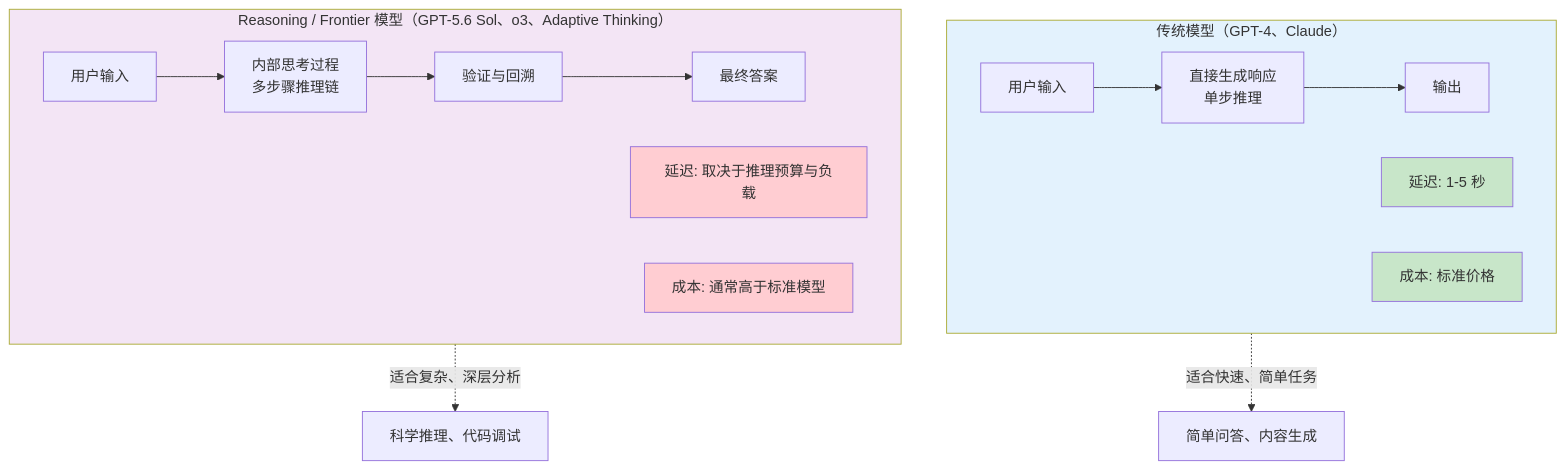
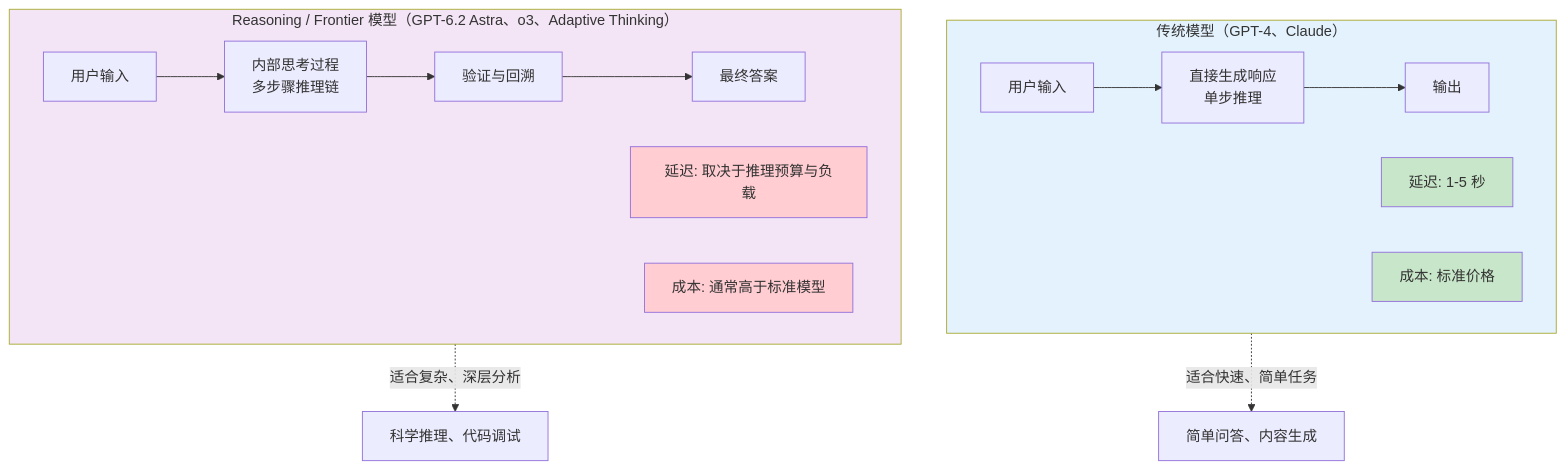
The first of 4 diagrams in 06_chain_of_thought/6.6_reasoning_decision_framework.md (yeasy/prompt_engineering_guide), drawn with Mermaid before and after one commit. The commit also changed other lines of this file and 27 other files, not shown here.

````diff
--- a/06_chain_of_thought/6.6_reasoning_decision_framework.md
+++ b/06_chain_of_thought/6.6_reasoning_decision_framework.md
@@ -15,38 +15,38 @@
 ```mermaid
 graph TB
     subgraph Traditional["传统模型（GPT-4、Claude）"]
         Input1["用户输入"]
         Process1["直接生成响应<br/>单步推理"]
         Output1["输出"]
 
         Input1 --> Process1
         Process1 --> Output1
 
         Latency1["延迟: 1-5 秒"]
         Cost1["成本: 标准价格"]
     end
 
-    subgraph Reasoning["Reasoning / Frontier 模型（GPT-5.6 Sol、o3、Adaptive Thinking）"]
+    subgraph Reasoning["Reasoning / Frontier 模型（GPT-6.2 Astra、o3、Adaptive Thinking）"]
         Input2["用户输入"]
         Thinking["内部思考过程<br/>多步骤推理链"]
         Verification["验证与回溯"]
         Output2["最终答案"]
 
         Input2 --> Thinking
         Thinking --> Verification
         Verification --> Output2
 
         Latency2["延迟: 取决于推理预算与负载"]
         Cost2["成本: 通常高于标准模型"]
     end
 
     Traditional -.->|适合快速、简单任务| Use1["简单问答、内容生成"]
     Reasoning -.->|适合复杂、深层分析| Use2["科学推理、代码调试"]
 
     style Traditional fill:#e3f2fd
     style Reasoning fill:#f3e5f5
     style Latency1 fill:#c8e6c9
     style Latency2 fill:#ffcdd2
     style Cost1 fill:#c8e6c9
     style Cost2 fill:#ffcdd2
 ```
````
